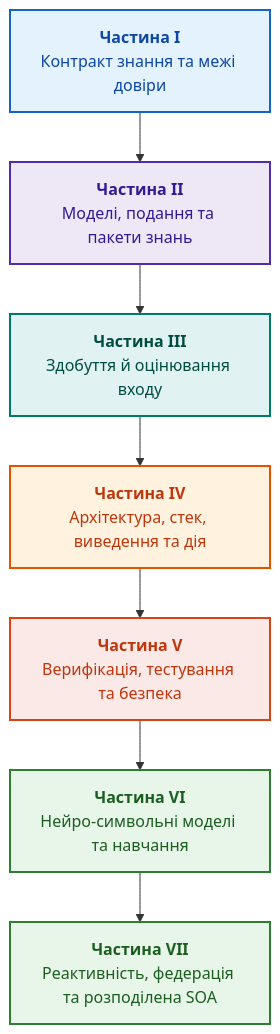
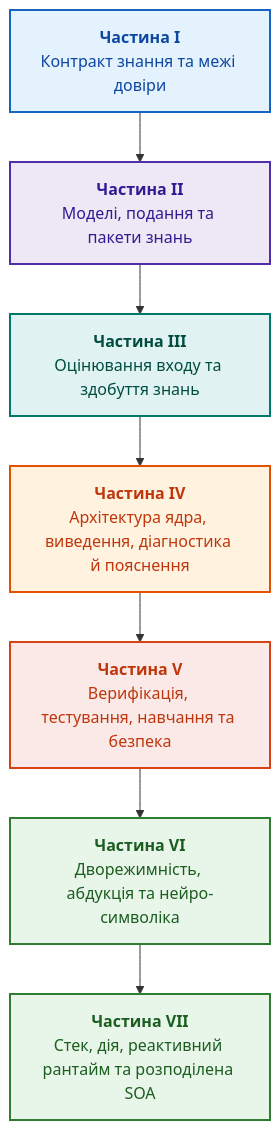
Before and after one commit to nick-fedchik/articles: the diagram in ExpertSystem/README.md, drawn with Mermaid. The commit also changed other lines of this file and 174 other files, not shown here.

Commit message:
refactor(structure): reorganize monograph into canonical topological order across Parts III-VII

````diff
--- a/ExpertSystem/README.md
+++ b/ExpertSystem/README.md
@@ -188,26 +188,26 @@
 ```mermaid
 flowchart TD
     accTitle: Структура книги та взаємозв'язок частин
-    accDescr: Сім тематичних частин: контракт знання, подання, здобуття, архітектура та дія, верифікація та безпека, нейро-символіка та навчання, реактивність та розподілена SOA.
+    accDescr: Сім тематичних частин: контракт знання, подання, оцінювання й здобуття, детерміноване ядро виведення, верифікація й навчання, нейро-символьна абдукція, рантайм і розподілена SOA.
 
     P1["<b>Частина I</b><br/>Контракт знання та межі довіри"] --> P2["<b>Частина II</b><br/>Моделі, подання та пакети знань"]
-    P2 --> P3["<b>Частина III</b><br/>Здобуття й оцінювання входу"]
-    P3 --> P4["<b>Частина IV</b><br/>Архітектура, стек, виведення та дія"]
-    P4 --> P5["<b>Частина V</b><br/>Верифікація, тестування та безпека"]
-    P5 --> P6["<b>Частина VI</b><br/>Нейро-символьні моделі та навчання"]
-    P6 --> P7["<b>Частина VII</b><br/>Реактивність, федерація та розподілена SOA"]
+    P2 --> P3["<b>Частина III</b><br/>Оцінювання входу та здобуття знань"]
+    P3 --> P4["<b>Частина IV</b><br/>Архітектура ядра, виведення, діагностика й пояснення"]
+    P4 --> P5["<b>Частина V</b><br/>Верифікація, тестування, навчання та безпека"]
+    P5 --> P6["<b>Частина VI</b><br/>Дворежимність, абдукція та нейро-символіка"]
+    P6 --> P7["<b>Частина VII</b><br/>Стек, дія, реактивний рантайм та розподілена SOA"]
 
     classDef p1 fill:#e3f2fd,stroke:#1565c0,stroke-width:2px,color:#0d47a1;
     classDef p2 fill:#ede7f6,stroke:#512da8,stroke-width:2px,color:#311b92;
     classDef p3 fill:#e0f2f1,stroke:#00796b,stroke-width:2px,color:#004d40;
     classDef p4 fill:#fff3e0,stroke:#e65100,stroke-width:2px,color:#bf360c;
     classDef p5 fill:#fbe9e7,stroke:#d84315,stroke-width:2px,color:#bf360c;
     classDef p6 fill:#e8f5e9,stroke:#2e7d32,stroke-width:2px,color:#1b5e20;
 
     class P1 p1;
     class P2 p2;
     class P3 p3;
     class P4 p4;
     class P5 p5;
     class P6,P7 p6;
 ```
````
